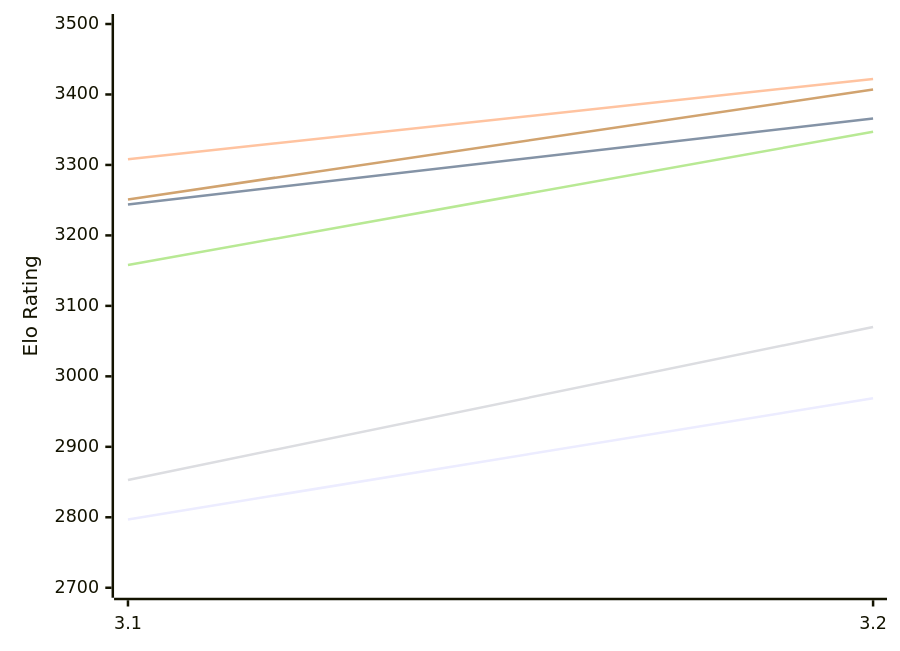
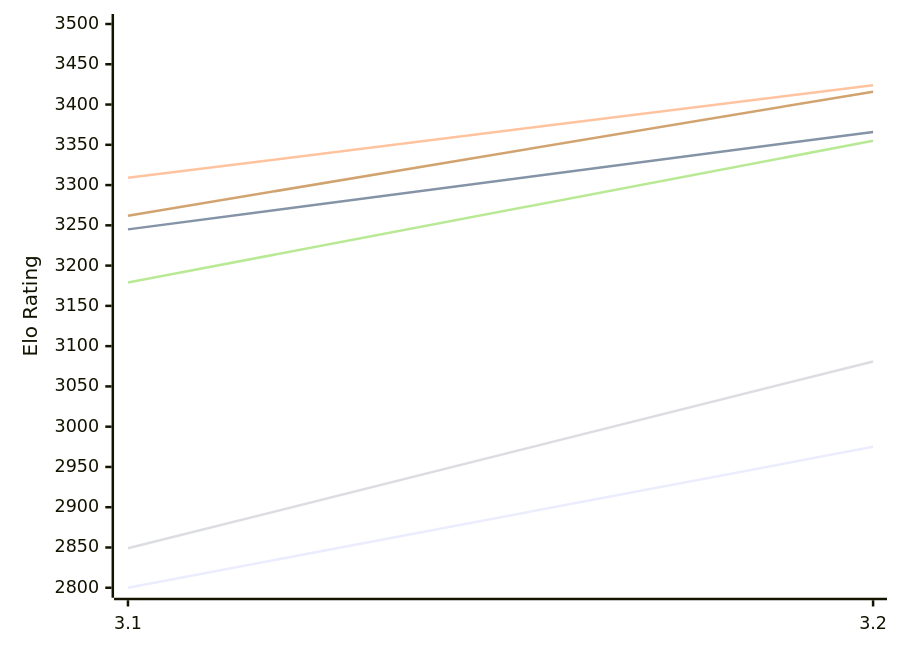
One commit to computer-chess-index/cci changed the first of 2 diagrams in engines/Thrawn.md. Above: the diagram before and after it, drawn with Mermaid. The commit also changed other lines of this file, not shown here.

Commit message:
Update CCI Ratings (ELO VLTC) - 2026-11-25

````diff
--- a/engines/Thrawn.md
+++ b/engines/Thrawn.md
@@ -52,12 +52,12 @@
 ```mermaid
 %%{init: {"theme":"base","themeVariables":{"seriesColors:['#a3a3a3','#222221','#faa371']}}}%%
 xychart-beta
   x-axis ["3.1", "3.2"]
-  y-axis "Elo Rating" 2700 --> 3500
-  line "E1: STC (8.0+0.08s)" [2797, 2969]
-  line "E1: LTC (60.0+0.60s)" [3244, 3366]
-  line "E1: VLTC (2m24s+1.12s)" [3308, 3422]
-  line "P1: STC (8.0+0.08s)" [2853, 3070]
-  line "P1: LTC (60.0+0.60s)" [3158, 3347]
-  line "P1: VLTC (2m24s+1.12s)" [3251, 3407]
+  y-axis "Elo Rating" 2800 --> 3500
+  line "E1: STC (8.0+0.08s)" [2800, 2975]
+  line "E1: LTC (60.0+0.60s)" [3245, 3366]
+  line "E1: VLTC (2m24s+1.12s)" [3309, 3424]
+  line "P1: STC (8.0+0.08s)" [2849, 3081]
+  line "P1: LTC (60.0+0.60s)" [3179, 3355]
+  line "P1: VLTC (2m24s+1.12s)" [3262, 3416]
 ```
````
